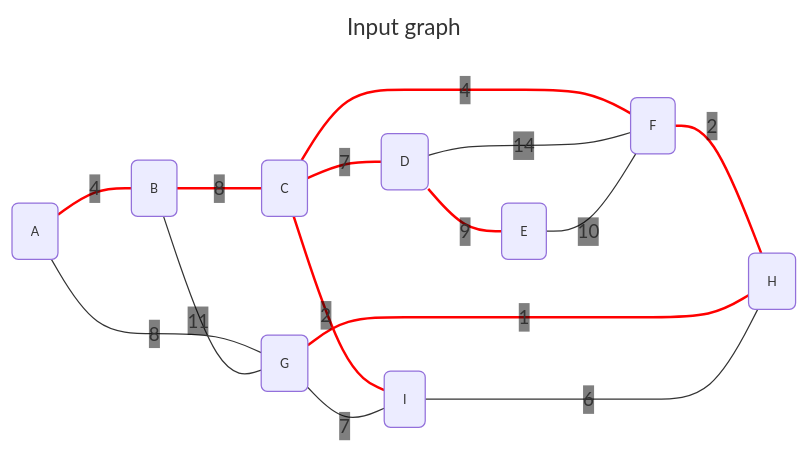
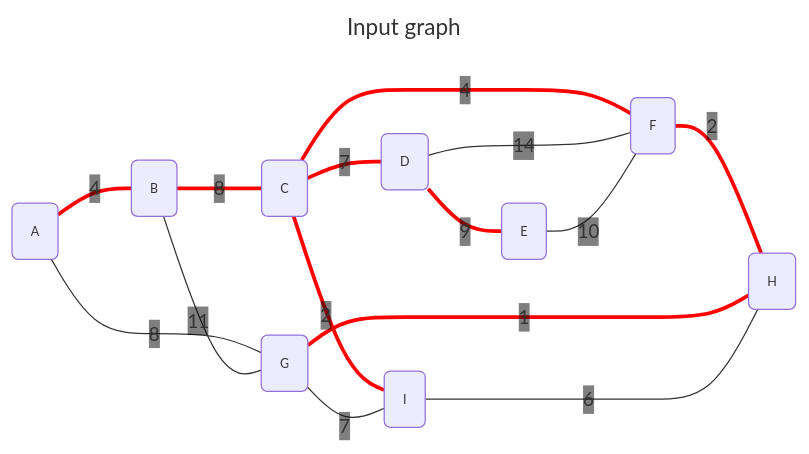
Before and after one commit to sweinst/Grafology: the first of 2 diagrams in docs/algos/minimum_spanning_tree.md, drawn with Mermaid. The commit also changed 2 other files, not shown here.

Commit message:
Getting diagrams clearer

````diff
--- a/docs/algos/minimum_spanning_tree.md
+++ b/docs/algos/minimum_spanning_tree.md
@@ -20,37 +20,37 @@
 ```mermaid
 ---
 title: Input graph
 config:
   themeVariables:
     fontSize: 10px
     sectionFontSize: 10px
     edgeLabelBackground: transparent
 ---
 graph LR;
     A(A)
     B(B)
     C(C)
     D(D)
     E(E)
     F(F)
     G(G)
     H(H)
     I(I)
     A -- 4 --- B
     A -- 8 --- G
     B -- 8 --- C
     B -- 11 --- G
     C -- 7 --- D
     C -- 2 --- I
     C -- 4 --- F
     D -- 9 --- E
     D -- 14 --- F
     E -- 10 --- F
     F -- 2 --- H
     G -- 1 --- H
     G -- 7 --- I
     I -- 6 --- H
 
     linkStyle default font-size: 15px
-    linkStyle 0,2,4,5,6,7,10,11 stroke-width:2px, stroke:red, fill: none
+    linkStyle 0,2,4,5,6,7,10,11 stroke-width:3px, stroke:red, fill: none
 ```
````
